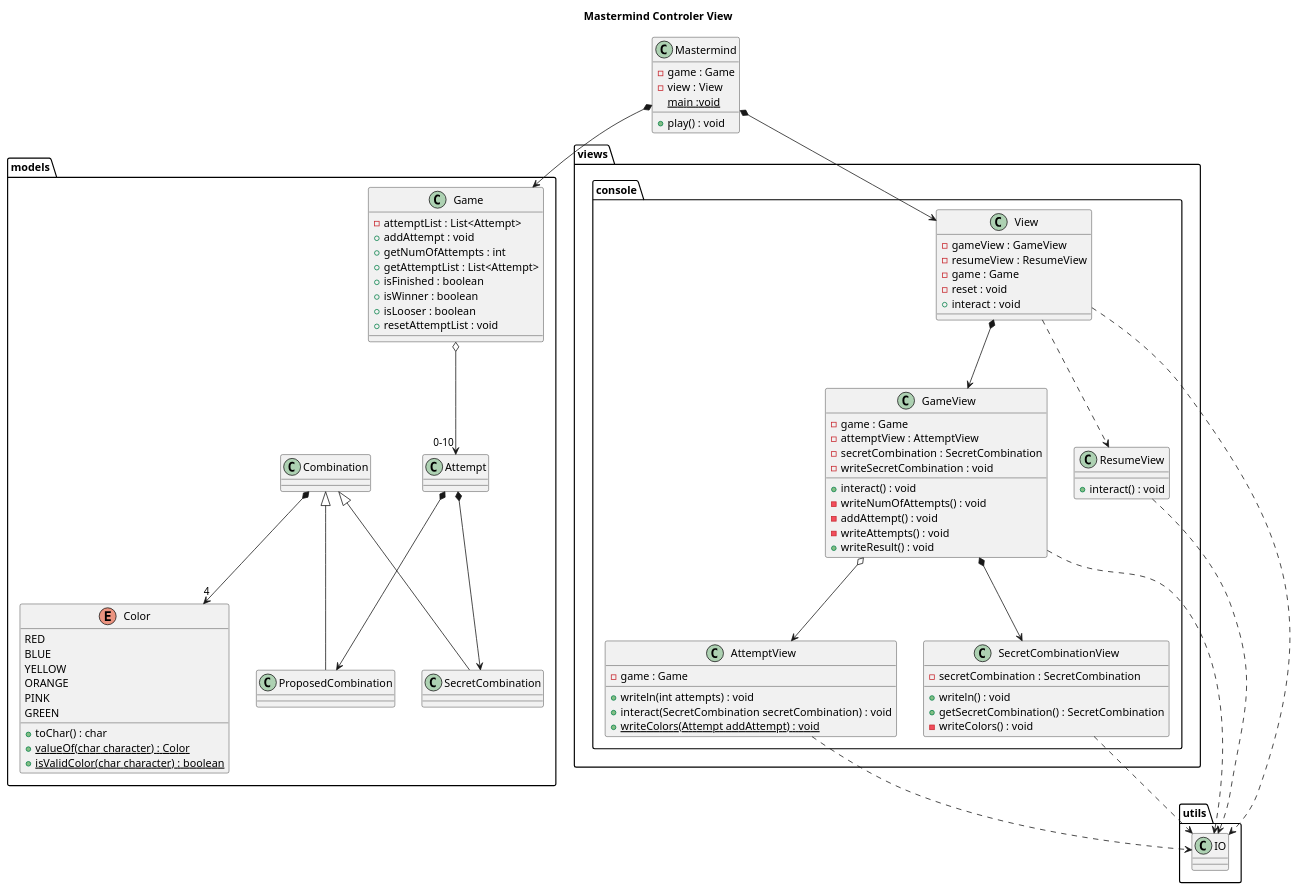
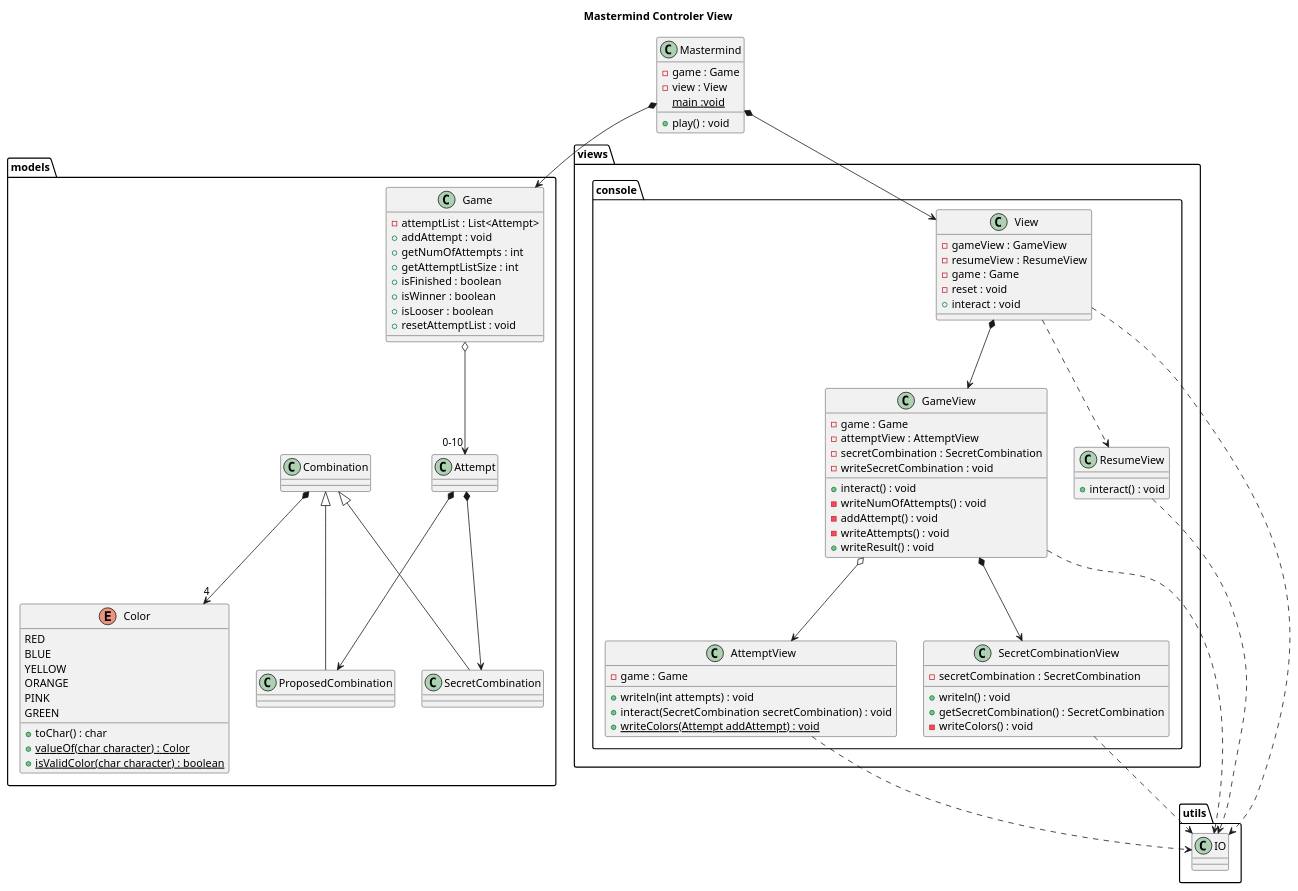
One commit to Master-Desarrollo-20-21/diseno-oo-ejercicio2-mastermind-document-view-jumpering changed the diagram in Document View UML/mastermind-document-view.puml. Above: the diagram before and after it, drawn with PlantUML. The commit also changed 1 other file, not shown here.

Commit message:
Model View version UML

```diff
--- a/Document View UML/mastermind-document-view.puml
+++ b/Document View UML/mastermind-document-view.puml
@@ -1,94 +1,94 @@
 @startuml
 
 title Mastermind Controler View
 
 class Mastermind{
 - game : Game
 - view : View
 + play() : void
 {static} main :void
 }
 
 Mastermind *--> models.Game
 Mastermind *--> views.console.View
 namespace views.console{
 class View{
 - gameView : GameView
 - resumeView : ResumeView
 - game : Game
 - reset : void
 + interact : void
 
 }
 class GameView{
 - game : Game
 - attemptView : AttemptView
 - secretCombination : SecretCombination
 + interact() : void
 - writeNumOfAttempts() : void
 - writeSecretCombination : void
 - addAttempt() : void
 - writeAttempts() : void
 + writeResult() : void
 }
 class ResumeView{
 + interact() : void
 }
 class AttemptView{
 - game : Game
 + writeln(int attempts) : void
 + interact(SecretCombination secretCombination) : void
 +{static} writeColors(Attempt addAttempt) : void
 }
 class SecretCombinationView{
 - secretCombination : SecretCombination
 + writeln() : void
 + getSecretCombination() : SecretCombination
 - writeColors() : void
 }
 View *--> GameView
 View ..> ResumeView
 GameView o--> AttemptView
 GameView *--> SecretCombinationView
 }
 
 namespace models{
 Enum Color{
 RED
 BLUE
 YELLOW
 ORANGE
 PINK
 GREEN
 + toChar() : char
 + {static} valueOf(char character) : Color
 + {static} isValidColor(char character) : boolean
 }
 class Game{
 - attemptList : List<Attempt>
 + addAttempt : void
 + getNumOfAttempts : int
-+ getAttemptList : List<Attempt>
++ getAttemptListSize : int
 + isFinished : boolean
 + isWinner : boolean
 + isLooser : boolean
 + resetAttemptList : void
 }
 Game o-->"0-10" Attempt
 Attempt *--> ProposedCombination
 Attempt *--> SecretCombination
 Combination <|-down- ProposedCombination
 Combination <|-down- SecretCombination
 Combination *-->"4" Color
 }
 
 namespace utils{
 views.console.View ..> IO
 views.console.GameView ..> IO
 views.console.ResumeView ..> IO
 views.console.SecretCombinationView ..> IO
 views.console.AttemptView ..> IO
 
 
 }
 @enduml
```
